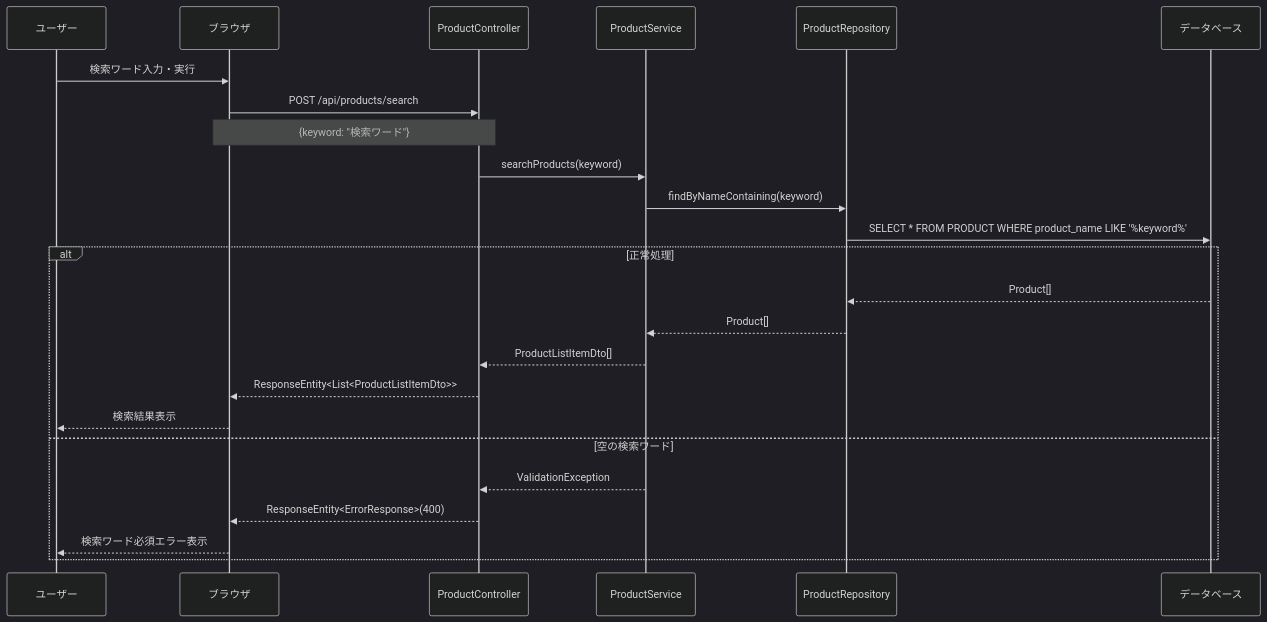
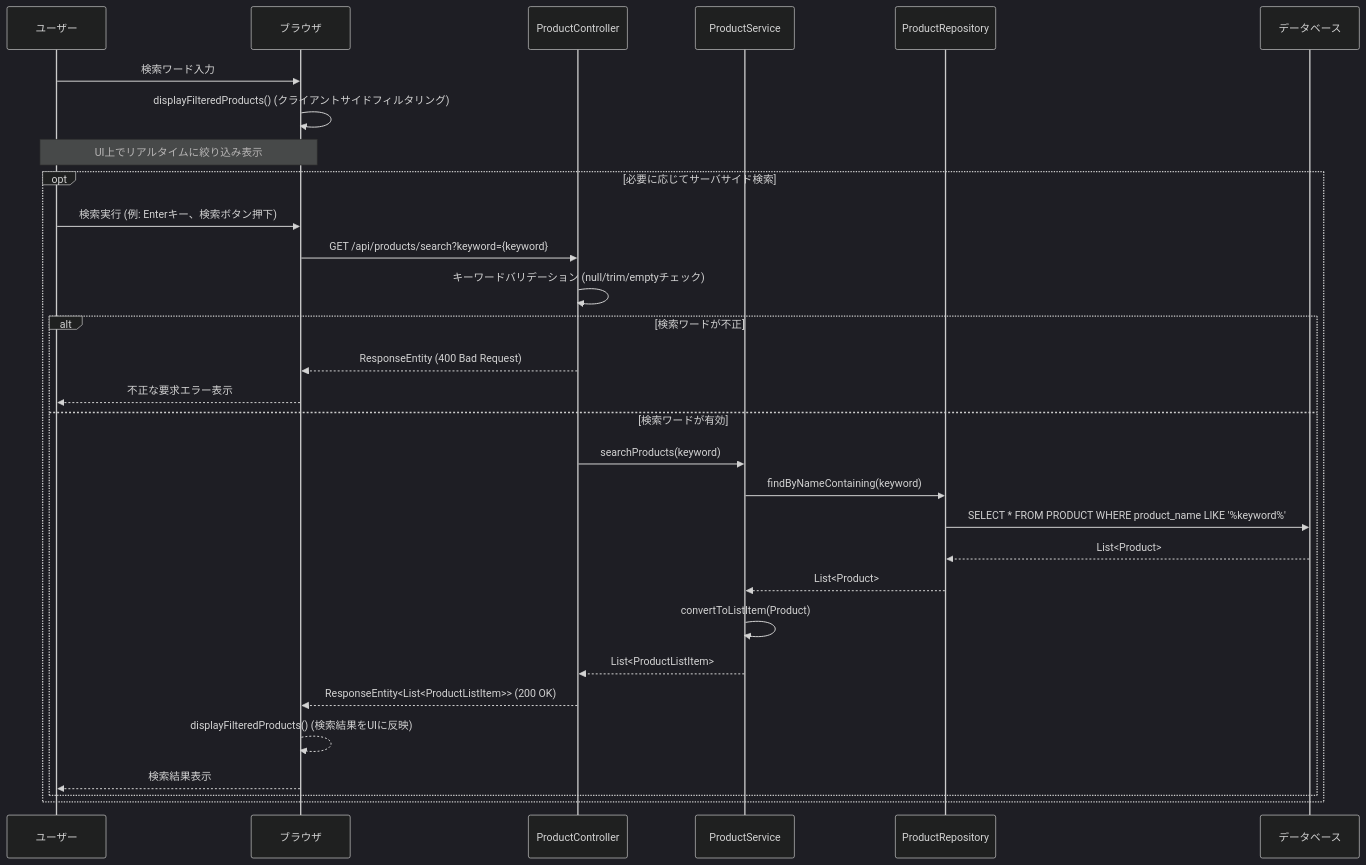
Before and after one commit to shogomaeda758/Bacon: the fourth of 23 diagrams in 詳細設計/詳細設計書_v3.md, drawn with Mermaid (dark theme).

Commit message:
検索フロー変更

````diff
--- a/詳細設計/詳細設計書_v3.md
+++ b/詳細設計/詳細設計書_v3.md
@@ -205,28 +205,34 @@
 ```mermaid
 sequenceDiagram
     participant U as ユーザー
     participant B as ブラウザ
     participant PC as ProductController
     participant PS as ProductService
     participant PR as ProductRepository
     participant DB as データベース
 
-    U->>B: 検索ワード入力・実行
-    B->>PC: POST /api/products/search
-    Note over B,PC: {keyword: "検索ワード"}
-    PC->>PS: searchProducts(keyword)
-    PS->>PR: findByNameContaining(keyword)
-    PR->>DB: SELECT * FROM PRODUCT WHERE product_name LIKE '%keyword%'
+    U->>B: 検索ワード入力
+    B->>B: displayFilteredProducts() (クライアントサイドフィルタリング)
+    Note over B,U: UI上でリアルタイムに絞り込み表示
     
-    alt 正常処理
-        DB-->>PR: Product[]
-        PR-->>PS: Product[]
-        PS-->>PC: ProductListItemDto[]
-        PC-->>B: ResponseEntity<List<ProductListItemDto>>
-        B-->>U: 検索結果表示
-    else 空の検索ワード
-        PS-->>PC: ValidationException
-        PC-->>B: ResponseEntity<ErrorResponse>(400)
-        B-->>U: 検索ワード必須エラー表示
+    opt 必要に応じてサーバサイド検索
+        U->>B: 検索実行 (例: Enterキー、検索ボタン押下)
+        B->>PC: GET /api/products/search?keyword={keyword}
+        PC->>PC: キーワードバリデーション (null/trim/emptyチェック)
+        alt 検索ワードが不正
+            PC-->>B: ResponseEntity (400 Bad Request)
+            B-->>U: 不正な要求エラー表示
+        else 検索ワードが有効
+            PC->>PS: searchProducts(keyword)
+            PS->>PR: findByNameContaining(keyword)
+            PR->>DB: SELECT * FROM PRODUCT WHERE product_name LIKE '%keyword%'
+            DB-->>PR: List<Product>
+            PR-->>PS: List<Product>
+            PS->>PS: convertToListItem(Product)
+            PS-->>PC: List<ProductListItem>
+            PC-->>B: ResponseEntity<List<ProductListItem>> (200 OK)
+            B-->>B: displayFilteredProducts() (検索結果をUIに反映)
+            B-->>U: 検索結果表示
+        end
     end
 ```
````
